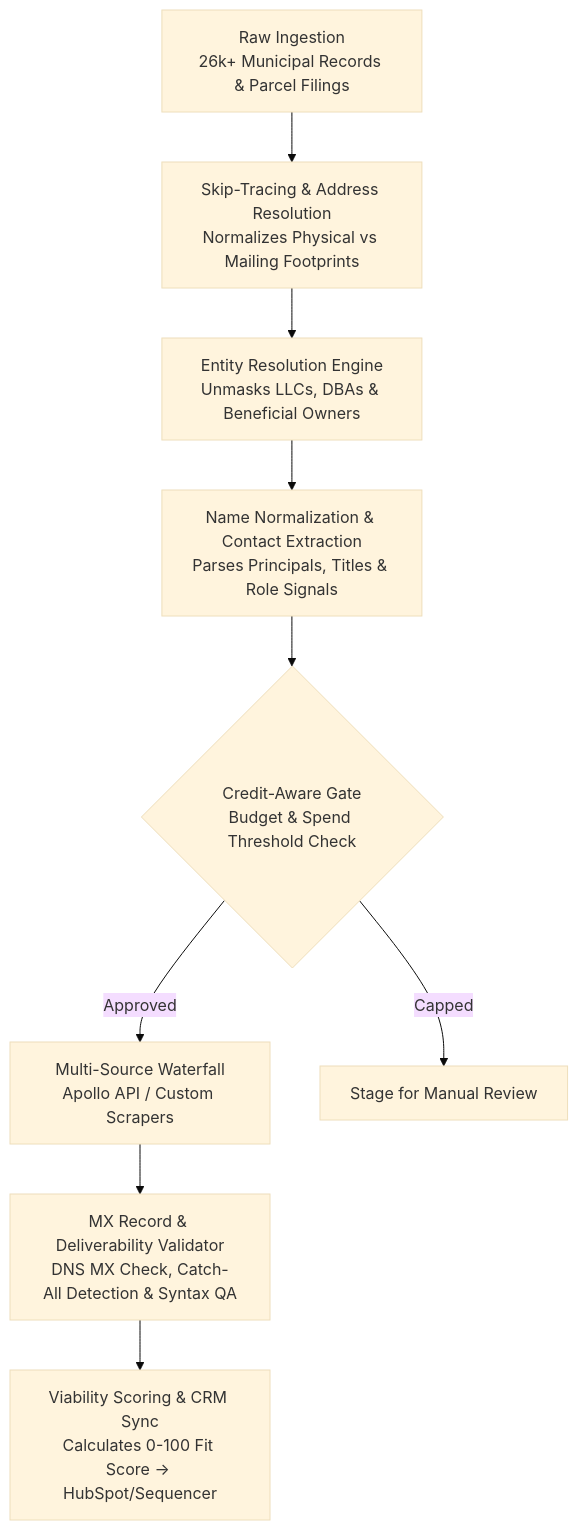
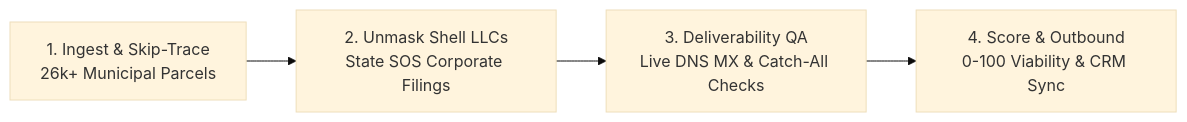
The diagram in README.md (janthony15/autonomous-gtm-enrichment-engine), drawn with Mermaid (base theme) before and after one commit. The commit also changed other lines of this file, not shown here.

Commit message:
docs: simplify pipeline workflow into crystal-clear 4-step architecture

````diff
--- a/README.md
+++ b/README.md
@@ -9,11 +9,6 @@
 ```mermaid
-flowchart TD
-    A[Raw Ingestion\n26k+ Municipal Records & Parcel Filings] --> B[Skip-Tracing & Address Resolution\nNormalizes Physical vs Mailing Footprints]
-    B --> C[Entity Resolution Engine\nUnmasks LLCs, DBAs & Beneficial Owners]
-    C --> D[Name Normalization & Contact Extraction\nParses Principals, Titles & Role Signals]
-    D --> E{Credit-Aware Gate\nBudget & Spend Threshold Check}
-    E -->|Approved| F[Multi-Source Waterfall\nApollo API / Custom Scrapers]
-    E -->|Capped| G[Stage for Manual Review]
-    F --> H[MX Record & Deliverability Validator\nDNS MX Check, Catch-All Detection & Syntax QA]
-    H --> I[Viability Scoring & CRM Sync\nCalculates 0-100 Fit Score -> HubSpot/Sequencer]
+flowchart LR
+    A[1. Ingest & Skip-Trace\n26k+ Municipal Parcels] --> B[2. Unmask Shell LLCs\nState SOS Corporate Filings]
+    B --> C[3. Deliverability QA\nLive DNS MX & Catch-All Checks]
+    C --> D[4. Score & Outbound\n0-100 Viability & CRM Sync]
 ```
````
